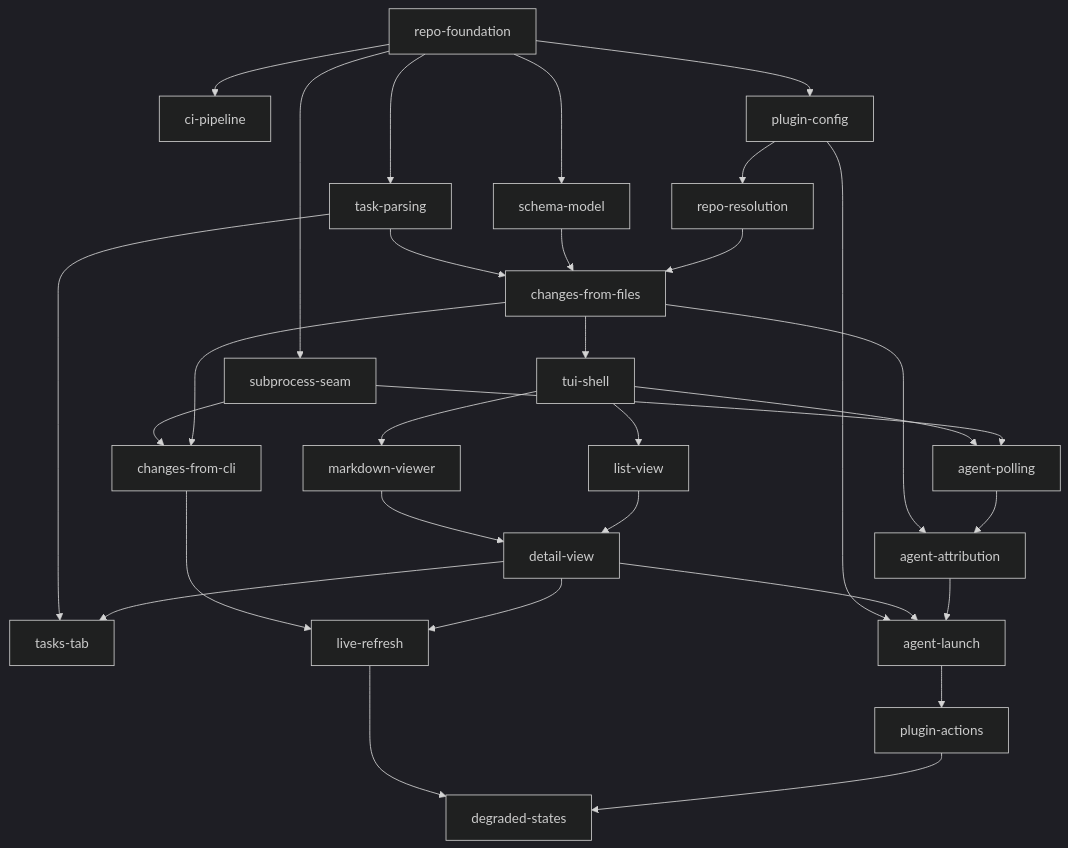
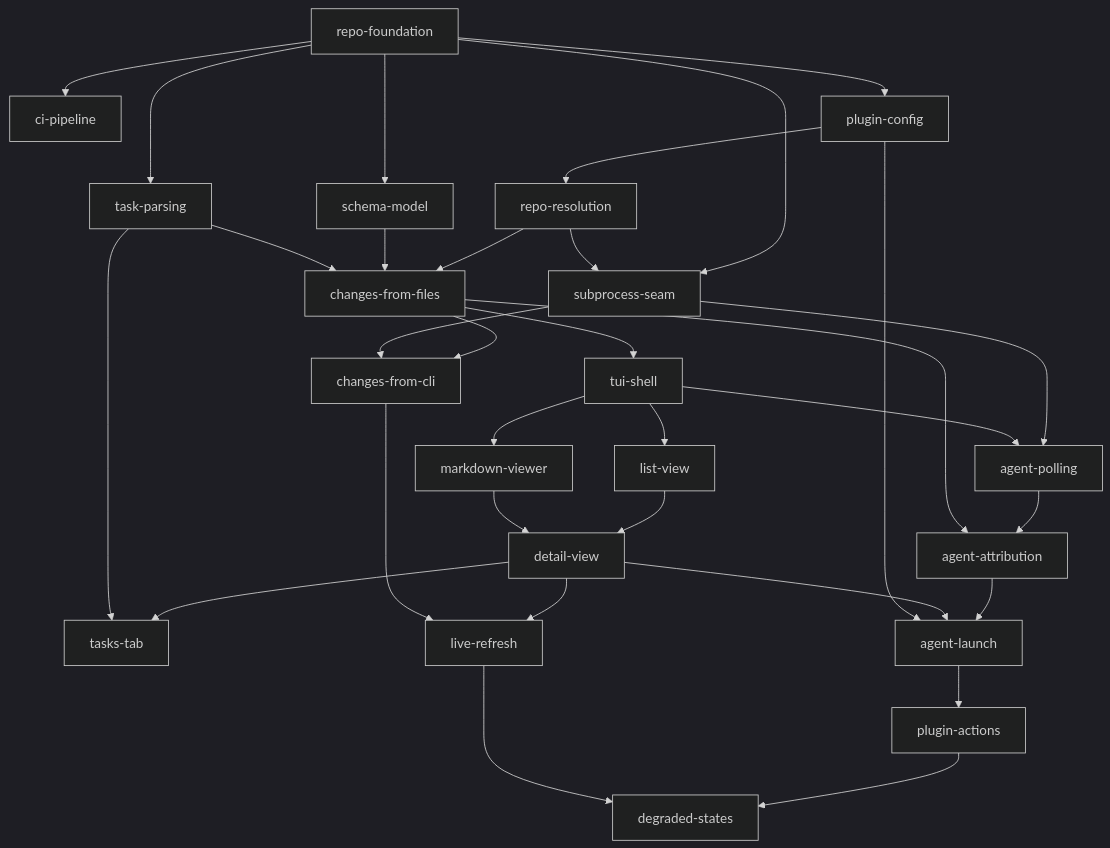
Before and after one commit to optioni/herdr-openspec: the diagram in openspec/IMPLEMENTATION-ORDER.md, drawn with Mermaid (dark theme). The commit also changed other lines of this file and 3 other files, not shown here.

````diff
--- a/openspec/IMPLEMENTATION-ORDER.md
+++ b/openspec/IMPLEMENTATION-ORDER.md
@@ -91,33 +91,34 @@
 ```mermaid
 graph TD
   repo-foundation --> ci-pipeline
   repo-foundation --> plugin-config
   repo-foundation --> schema-model
   repo-foundation --> task-parsing
   repo-foundation --> subprocess-seam
   plugin-config --> repo-resolution
   repo-resolution --> changes-from-files
+  repo-resolution --> subprocess-seam
   schema-model --> changes-from-files
   task-parsing --> changes-from-files
   changes-from-files --> changes-from-cli
   subprocess-seam --> changes-from-cli
   changes-from-files --> tui-shell
   tui-shell --> list-view
   tui-shell --> markdown-viewer
   list-view --> detail-view
   markdown-viewer --> detail-view
   detail-view --> tasks-tab
   task-parsing --> tasks-tab
   detail-view --> live-refresh
   changes-from-cli --> live-refresh
   subprocess-seam --> agent-polling
   tui-shell --> agent-polling
   agent-polling --> agent-attribution
   changes-from-files --> agent-attribution
   agent-attribution --> agent-launch
   detail-view --> agent-launch
   plugin-config --> agent-launch
   agent-launch --> plugin-actions
   plugin-actions --> degraded-states
   live-refresh --> degraded-states
 ```
````
